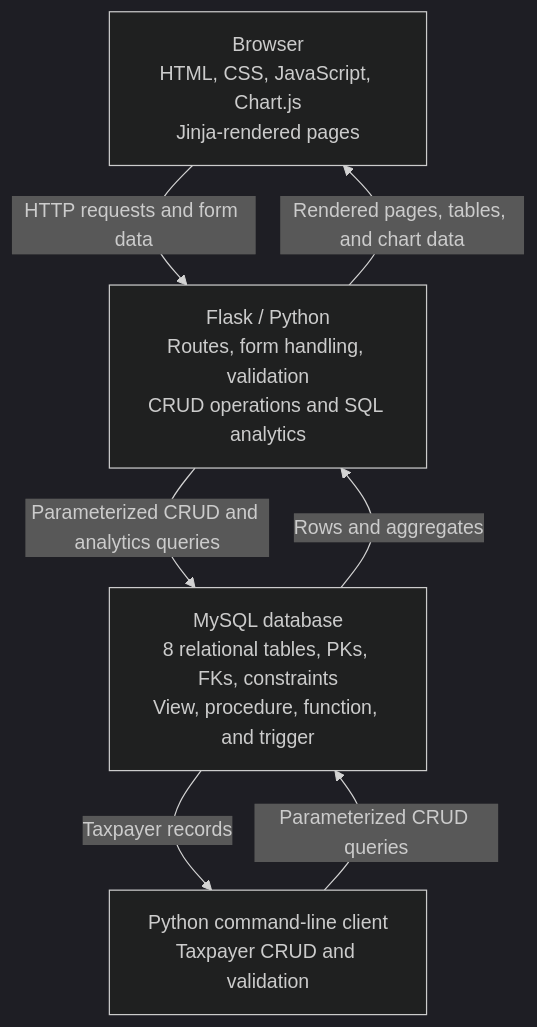
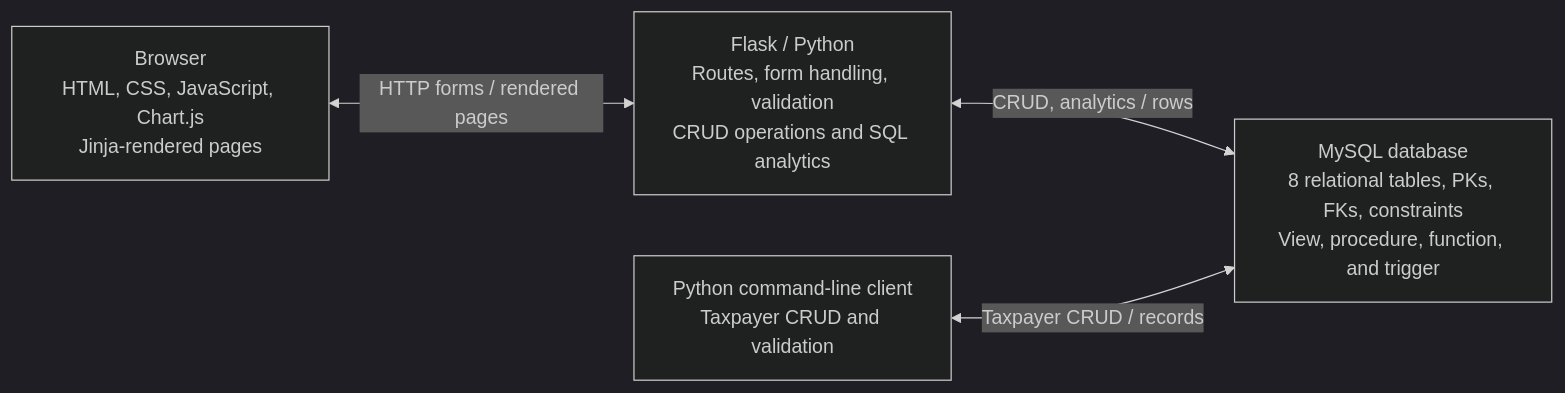
One commit to EllenLi123456/irs-inspired-synthetic-tax-db-app changed the diagram in README.md. Above: the diagram before and after it, drawn with Mermaid (dark theme). The commit also changed 3 other files, not shown here.

Commit message:
Final dependency, documentation, and architecture cleanup

````diff
--- a/README.md
+++ b/README.md
@@ -31,14 +31,11 @@
 ```mermaid
-flowchart TB
+flowchart LR
     Browser["Browser<br/>HTML, CSS, JavaScript, Chart.js<br/>Jinja-rendered pages"]
     Flask["Flask / Python<br/>Routes, form handling, validation<br/>CRUD operations and SQL analytics"]
     CLI["Python command-line client<br/>Taxpayer CRUD and validation"]
     MySQL["MySQL database<br/>8 relational tables, PKs, FKs, constraints<br/>View, procedure, function, and trigger"]
 
-    Browser -->|HTTP requests and form data| Flask
-    Flask -->|Rendered pages, tables, and chart data| Browser
-    Flask -->|Parameterized CRUD and analytics queries| MySQL
-    MySQL -->|Rows and aggregates| Flask
-    CLI -->|Parameterized CRUD queries| MySQL
-    MySQL -->|Taxpayer records| CLI
+    Browser <-->|HTTP forms / rendered pages| Flask
+    Flask <-->|CRUD, analytics / rows| MySQL
+    CLI <-->|Taxpayer CRUD / records| MySQL
 ```
````
